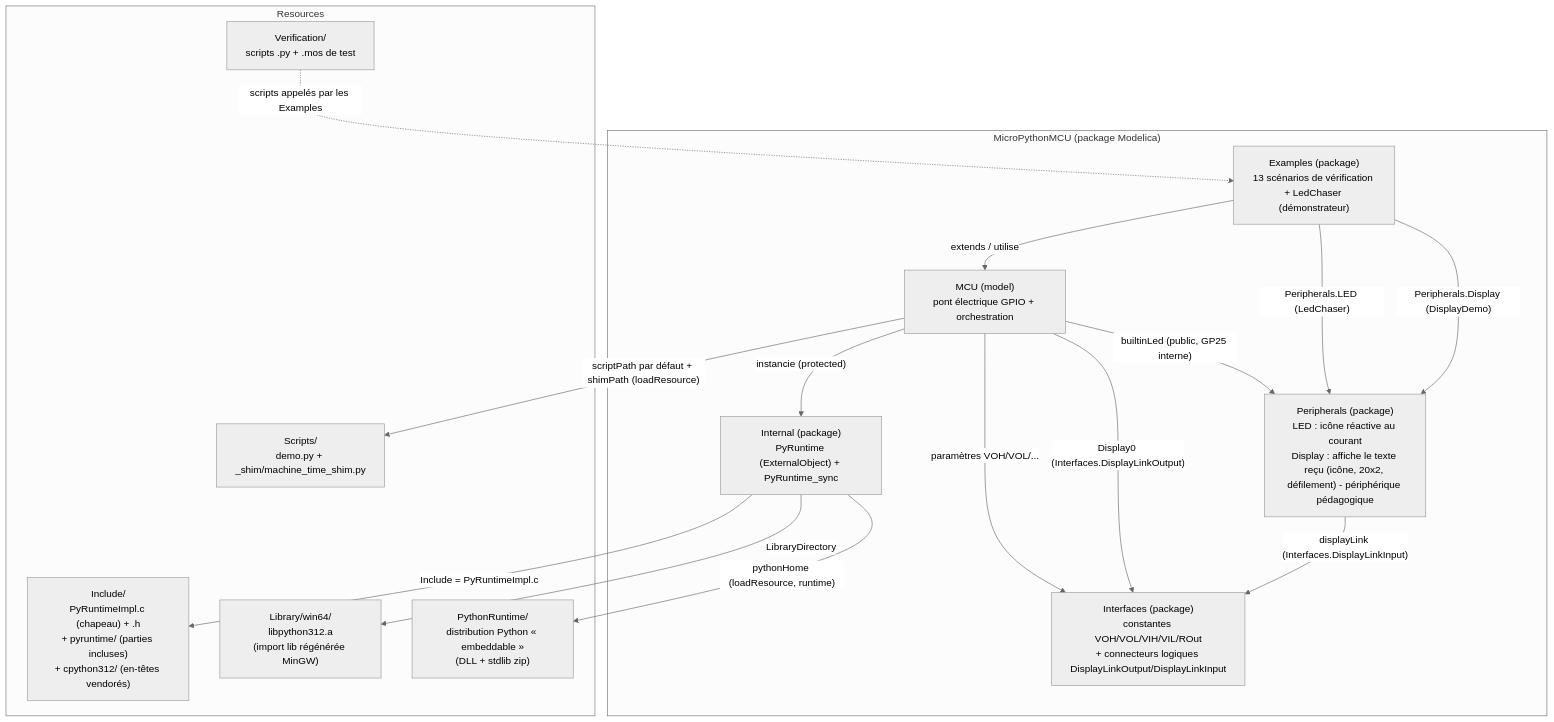
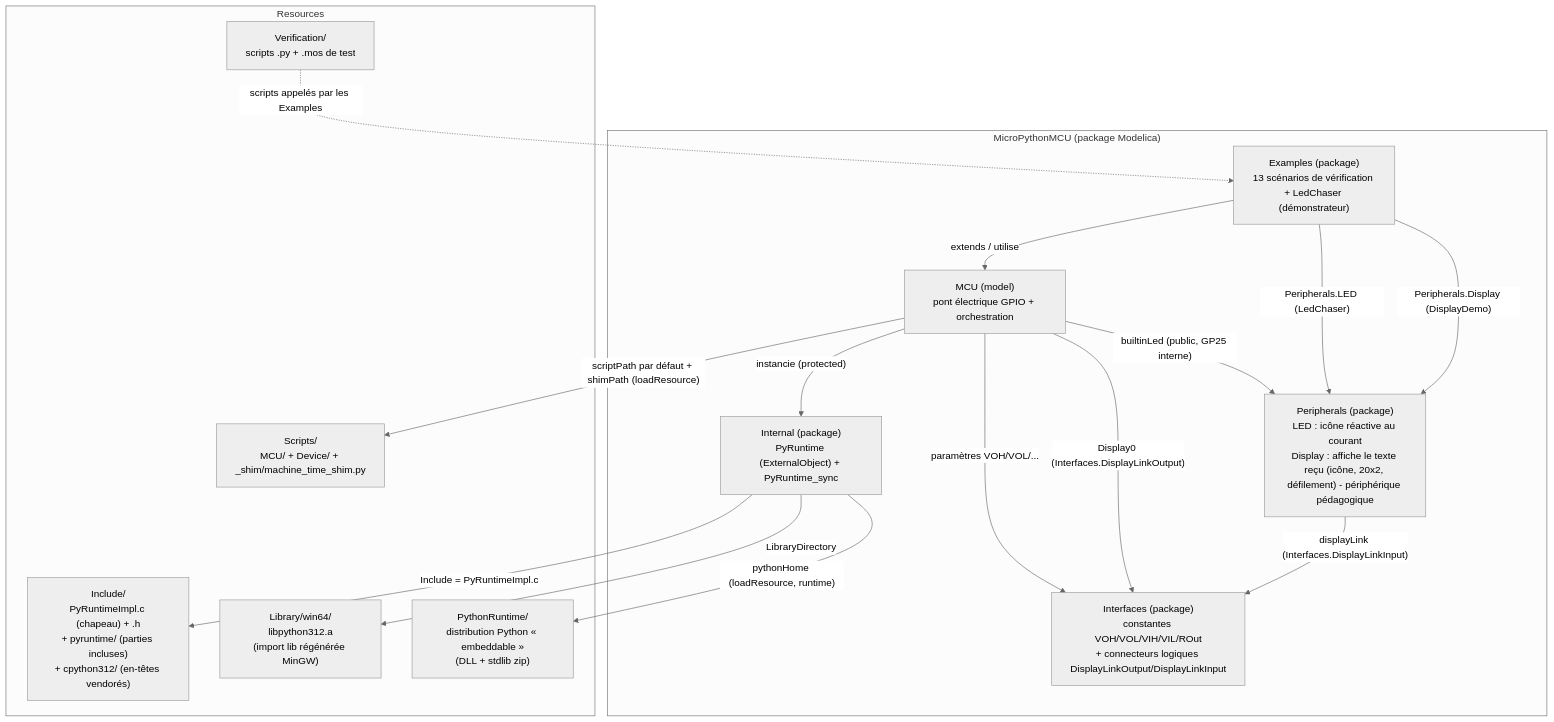
The diagram in docs/architecture.md (bdelaup/modelica_micropython), drawn with Mermaid (neutral theme) before and after one commit. The commit also changed other lines of this file and 66 other files, not shown here.

````diff
--- a/docs/architecture.md
+++ b/docs/architecture.md
@@ -9,31 +9,31 @@
 ```mermaid
 graph TD
     subgraph LIB["MicroPythonMCU (package Modelica)"]
         MCU["MCU (model)<br/>pont électrique GPIO + orchestration"]
         Interfaces["Interfaces (package)<br/>constantes VOH/VOL/VIH/VIL/ROut<br/>+ connecteurs logiques DisplayLinkOutput/DisplayLinkInput"]
         Internal["Internal (package)<br/>PyRuntime (ExternalObject) + PyRuntime_sync"]
         Peripherals["Peripherals (package)<br/>LED : icône réactive au courant<br/>Display : affiche le texte reçu (icône, 20x2, défilement) - périphérique pédagogique"]
         Examples["Examples (package)<br/>13 scénarios de vérification + LedChaser (démonstrateur)"]
     end
     subgraph RES["Resources"]
         Include["Include/<br/>PyRuntimeImpl.c (chapeau) + .h<br/>+ pyruntime/ (parties incluses)<br/>+ cpython312/ (en-têtes vendorés)"]
         Library["Library/win64/<br/>libpython312.a<br/>(import lib régénérée MinGW)"]
         PythonRuntime["PythonRuntime/<br/>distribution Python « embeddable »<br/>(DLL + stdlib zip)"]
-        Scripts["Scripts/<br/>demo.py + _shim/machine_time_shim.py"]
+        Scripts["Scripts/<br/>MCU/ + Device/ + _shim/machine_time_shim.py"]
         Verification["Verification/<br/>scripts .py + .mos de test"]
     end
 
     MCU -- "paramètres VOH/VOL/..." --> Interfaces
     MCU -- "instancie (protected)" --> Internal
     MCU -- "builtinLed (public, GP25 interne)" --> Peripherals
     MCU -- "Display0 (Interfaces.DisplayLinkOutput)" --> Interfaces
     Examples -- "extends / utilise" --> MCU
     Examples -- "Peripherals.LED (LedChaser)" --> Peripherals
     Examples -- "Peripherals.Display (DisplayDemo)" --> Peripherals
     Peripherals -- "displayLink (Interfaces.DisplayLinkInput)" --> Interfaces
     Internal -- "Include = PyRuntimeImpl.c" --> Include
     Internal -- "LibraryDirectory" --> Library
     Internal -- "pythonHome (loadResource, runtime)" --> PythonRuntime
     MCU -- "scriptPath par défaut + shimPath (loadResource)" --> Scripts
     Verification -. "scripts appelés par les Examples" .-> Examples
 ```
````
